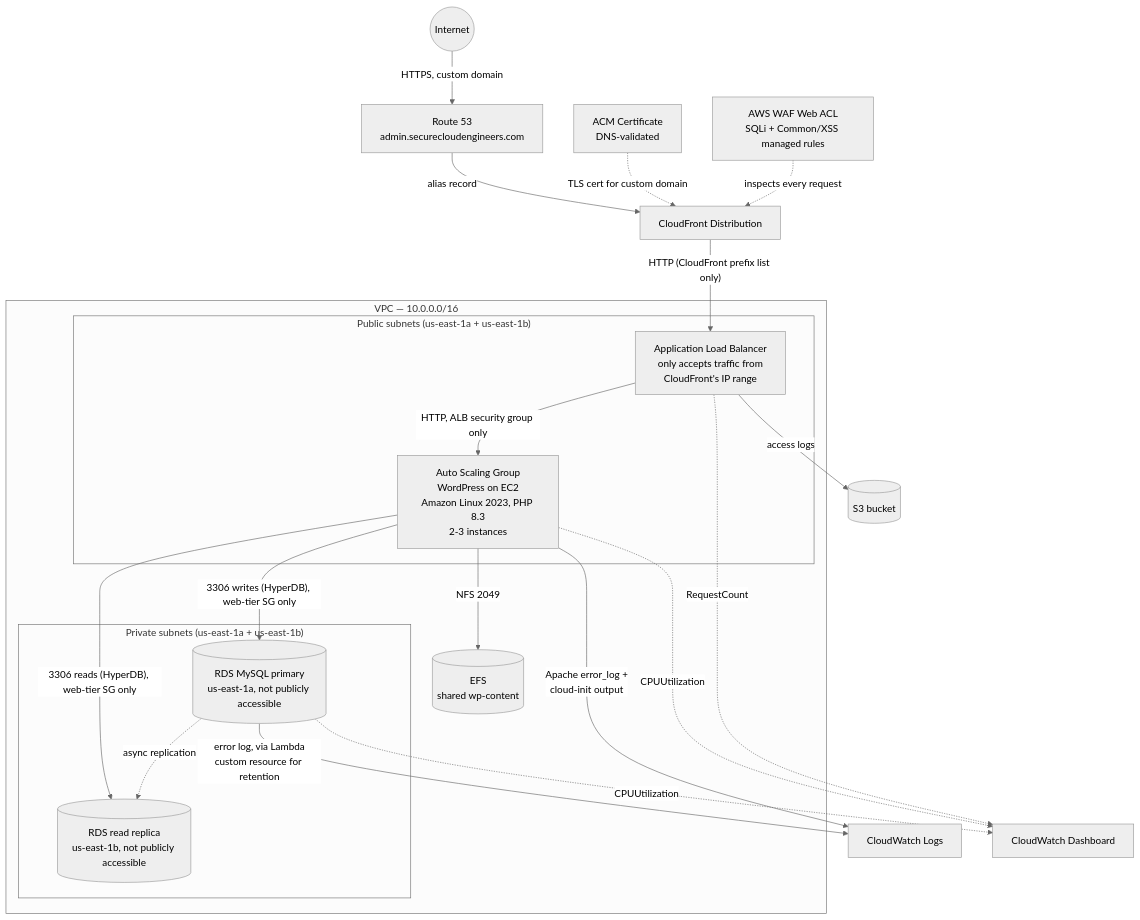
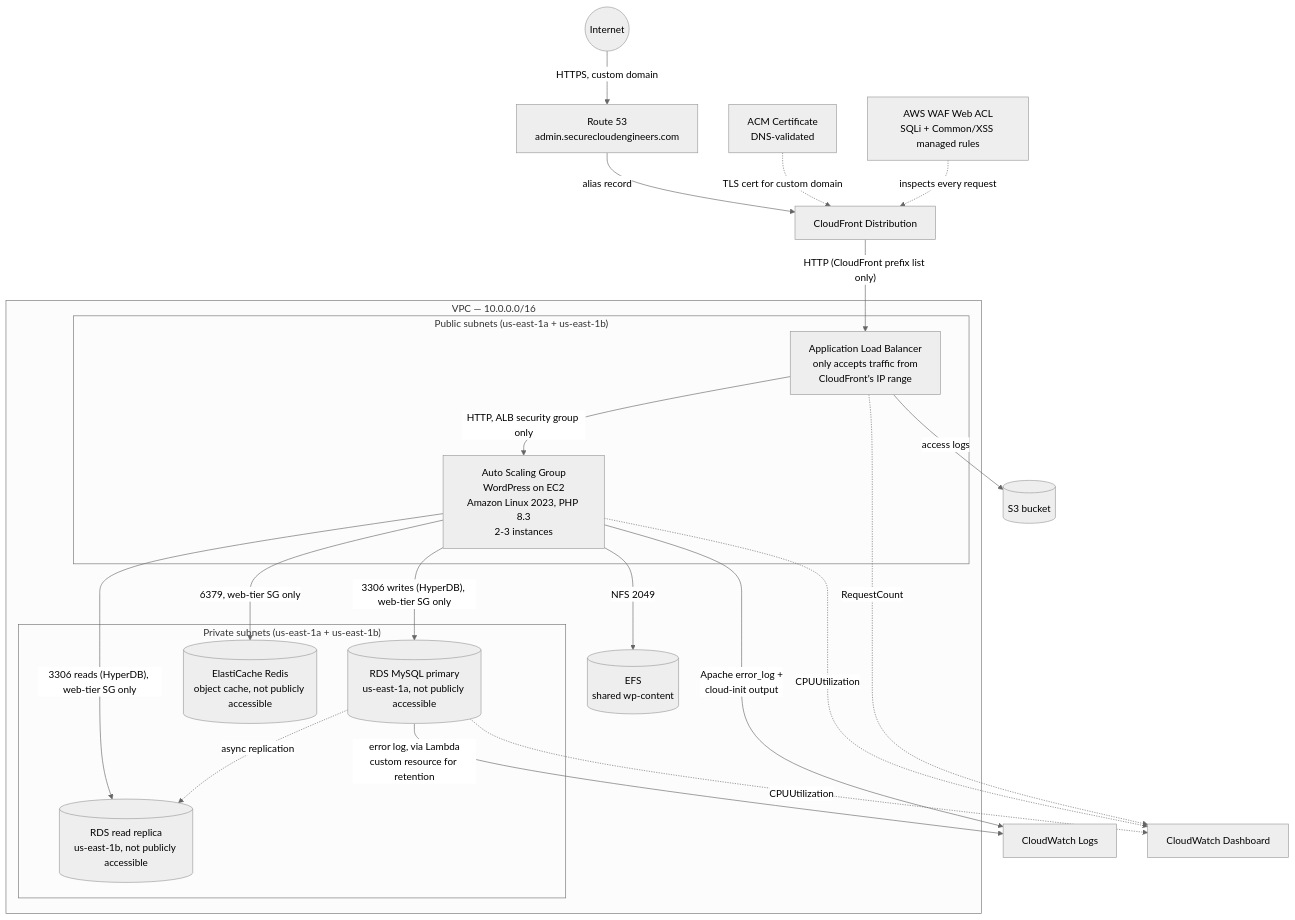
The first of 2 diagrams in README.md (bdahiya2007/three-tier-web-app-aws), drawn with Mermaid (neutral theme) before and after one commit. The commit also changed other lines of this file and 2 other files, not shown here.

````diff
--- a/README.md
+++ b/README.md
@@ -26,39 +27,41 @@
 ```mermaid
 flowchart TB
     Internet((Internet))
     R53[Route 53<br/>admin.securecloudengineers.com]
     ACM[ACM Certificate<br/>DNS-validated]
     WAF[AWS WAF Web ACL<br/>SQLi + Common/XSS managed rules]
     CF[CloudFront Distribution]
 
     subgraph VPC["VPC — 10.0.0.0/16"]
         subgraph Public["Public subnets (us-east-1a + us-east-1b)"]
             ALB["Application Load Balancer<br/>only accepts traffic from<br/>CloudFront's IP range"]
             ASG["Auto Scaling Group<br/>WordPress on EC2<br/>Amazon Linux 2023, PHP 8.3<br/>2-3 instances"]
         end
         subgraph Private["Private subnets (us-east-1a + us-east-1b)"]
             RDS[("RDS MySQL primary<br/>us-east-1a, not publicly accessible")]
             Replica[("RDS read replica<br/>us-east-1b, not publicly accessible")]
+            Redis[("ElastiCache Redis<br/>object cache, not publicly accessible")]
         end
         EFS[("EFS<br/>shared wp-content")]
     end
 
     Internet -->|HTTPS, custom domain| R53
     R53 -->|alias record| CF
     ACM -.->|TLS cert for custom domain| CF
     WAF -.->|inspects every request| CF
     CF -->|"HTTP (CloudFront prefix list only)"| ALB
     ALB -->|HTTP, ALB security group only| ASG
     ASG -->|"3306 writes (HyperDB), web-tier SG only"| RDS
     ASG -->|"3306 reads (HyperDB), web-tier SG only"| Replica
     RDS -.->|async replication| Replica
+    ASG -->|"6379, web-tier SG only"| Redis
     ASG -->|NFS 2049| EFS
 
     ALB -->|access logs| S3[(S3 bucket)]
     ASG -->|Apache error_log +<br/>cloud-init output| CWLogs[CloudWatch Logs]
     RDS -->|error log, via Lambda<br/>custom resource for retention| CWLogs
     CWDash[CloudWatch Dashboard]
     ASG -.->|CPUUtilization| CWDash
     RDS -.->|CPUUtilization| CWDash
     ALB -.->|RequestCount| CWDash
 ```
````
